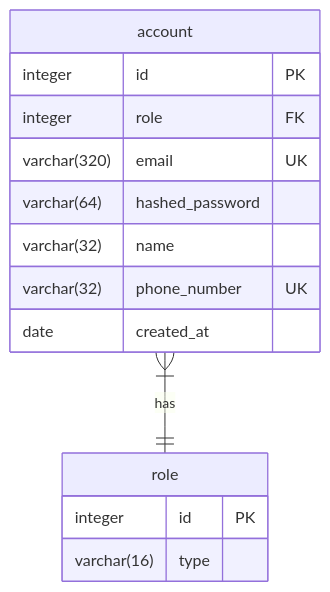
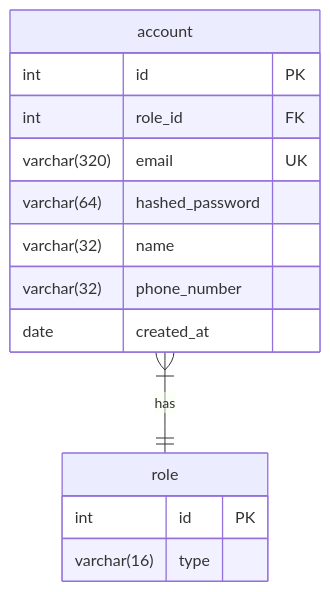
One commit to kimsehyoung/dongle changed the diagram in api/db_schema/AUTH_ERD.md. Above: the diagram before and after it, drawn with Mermaid. The commit also changed 59 other files, not shown here.

Commit message:
schema per service

````diff
--- a/api/db_schema/AUTH_ERD.md
+++ b/api/db_schema/AUTH_ERD.md
@@ -1,19 +1,19 @@
 ```mermaid
 erDiagram
     role  {
-        integer id PK
+        int id PK
         varchar(16) type
     }
 
     account {
-        integer id PK
-        integer role FK
+        int id PK
+        int role_id FK
         varchar(320) email UK
         varchar(64) hashed_password
         varchar(32) name
-        varchar(32) phone_number UK
+        varchar(32) phone_number
         date created_at
     }
 
 account }|--|| role : has
 ```
````
